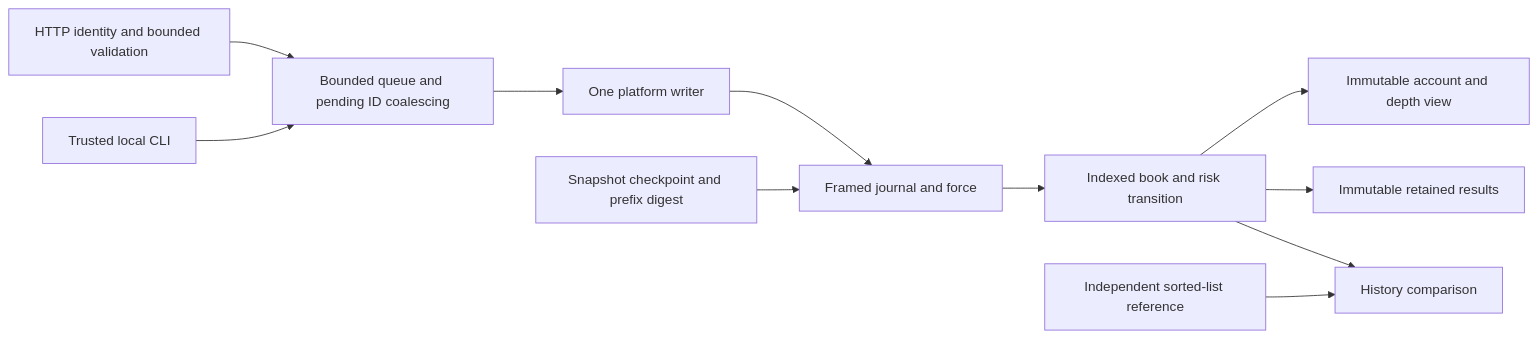
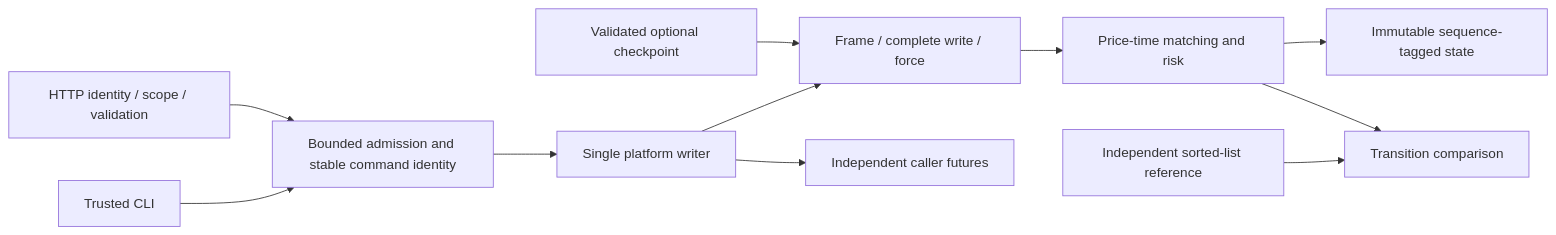
One commit to cheshmakzanoon-ops/Java-portfolio changed the first of 3 diagrams in projects/06-matchcore/docs/ARCHITECTURE.md. Above: the diagram before and after it, drawn with Mermaid. The commit also changed other lines of this file and 35 other files, not shown here.

Commit message:
fix(matchcore): fail closed on journal faults and retain exact command authority

````diff
--- a/projects/06-matchcore/docs/ARCHITECTURE.md
+++ b/projects/06-matchcore/docs/ARCHITECTURE.md
@@ -3,13 +5,13 @@
 ```mermaid
 flowchart LR
-  HTTP[HTTP identity and bounded validation] --> G[Bounded queue and pending ID coalescing]
-  CLI[Trusted local CLI] --> G
-  G --> W[One platform writer]
-  W --> J[Framed journal and force]
-  J --> B[Indexed book and risk transition]
-  B --> V[Immutable account and depth view]
-  B --> R[Immutable retained results]
-  S[Snapshot checkpoint and prefix digest] --> J
-  O[Independent sorted-list reference] --> C[History comparison]
-  B --> C
+    CLI[Trusted CLI] --> Gateway[Bounded admission and stable command identity]
+    HTTP[HTTP identity / scope / validation] --> Gateway
+    Gateway --> Writer[Single platform writer]
+    Writer --> Journal[Frame / complete write / force]
+    Journal --> Book[Price-time matching and risk]
+    Book --> Views[Immutable sequence-tagged state]
+    Writer --> Futures[Independent caller futures]
+    Snapshot[Validated optional checkpoint] --> Journal
+    Oracle[Independent sorted-list reference] --> Agreement[Transition comparison]
+    Book --> Agreement
 ```
````
